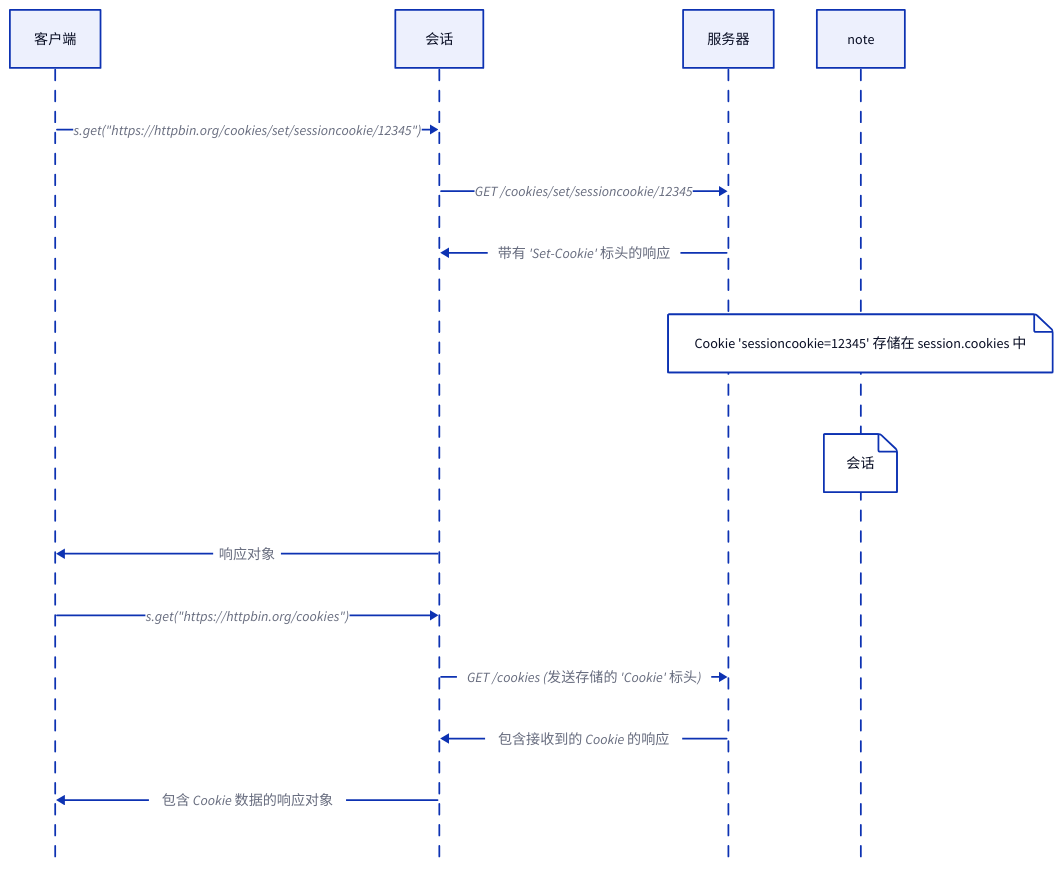
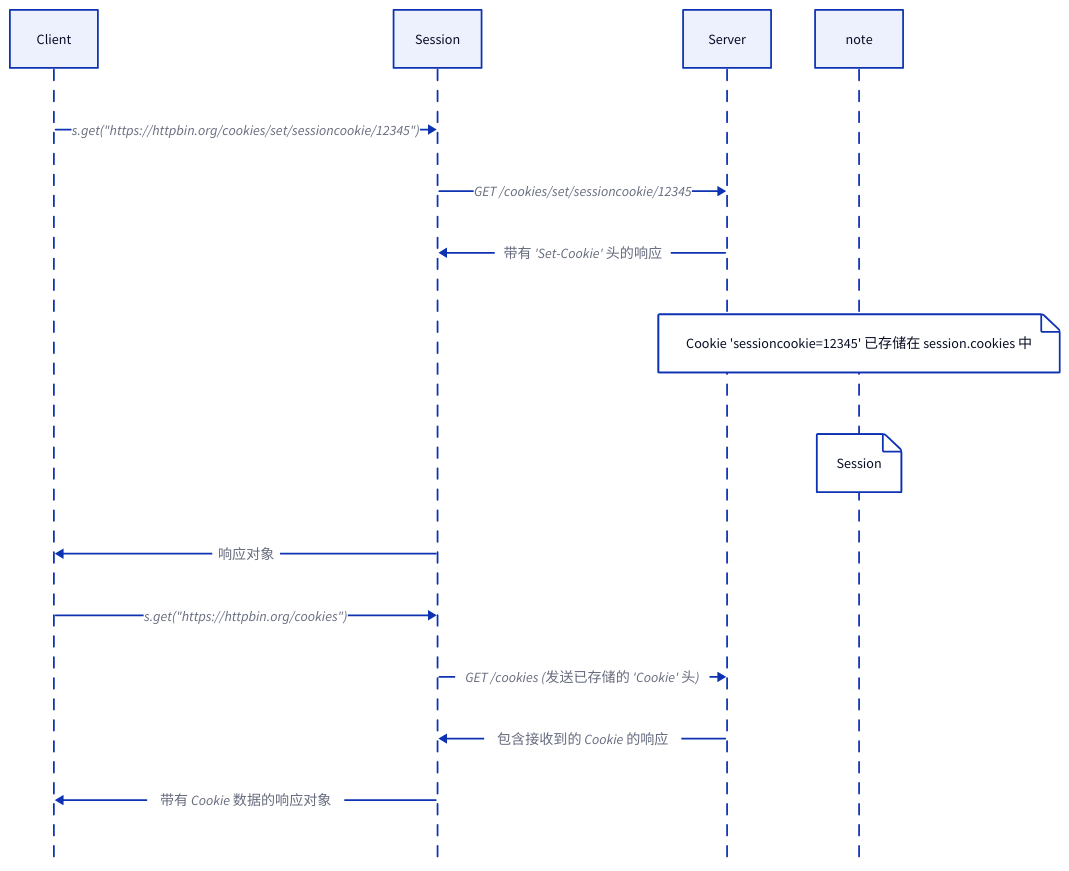
The diagram in .aigne/doc-smith/docs/user-guide-session-objects.zh.md (lban2049/requests), drawn with D2 before and after one commit. The commit also changed other lines of this file and 31 other files, not shown here.

````diff
--- a/.aigne/doc-smith/docs/user-guide-session-objects.zh.md
+++ b/.aigne/doc-smith/docs/user-guide-session-objects.zh.md
@@ -29,21 +29,21 @@
 ```d2
 shape: sequence_diagram
 
-客户端
-会话
-服务器
+Client
+Session
+Server
 
-客户端 -> 会话: s.get("https://httpbin.org/cookies/set/sessioncookie/12345")
-会话 -> 服务器: "GET /cookies/set/sessioncookie/12345"
-服务器 -> 会话: "带有 'Set-Cookie' 标头的响应"
+Client -> Session: s.get("https://httpbin.org/cookies/set/sessioncookie/12345")
+Session -> Server: "GET /cookies/set/sessioncookie/12345"
+Server -> Session: "带有 'Set-Cookie' 头的响应"
 note: {
-  "Cookie 'sessioncookie=12345' 存储在 session.cookies 中"
-  target: 会话
+  "Cookie 'sessioncookie=12345' 已存储在 session.cookies 中"
+  target: Session
 }
-会话 -> 客户端: "响应对象"
+Session -> Client: "响应对象"
 
-客户端 -> 会话: s.get("https://httpbin.org/cookies")
-会话 -> 服务器: "GET /cookies (发送存储的 'Cookie' 标头)"
-服务器 -> 会话: "包含接收到的 Cookie 的响应"
-会话 -> 客户端: "包含 Cookie 数据的响应对象"
+Client -> Session: s.get("https://httpbin.org/cookies")
+Session -> Server: "GET /cookies (发送已存储的 'Cookie' 头)"
+Server -> Session: "包含接收到的 Cookie 的响应"
+Session -> Client: "带有 Cookie 数据的响应对象"
 ```
````
